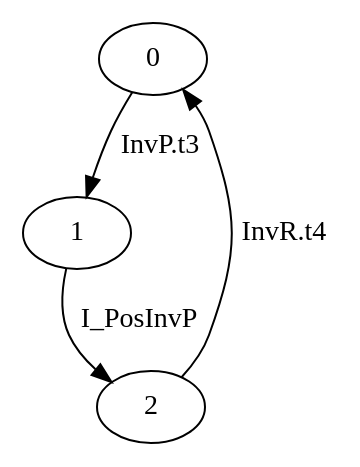
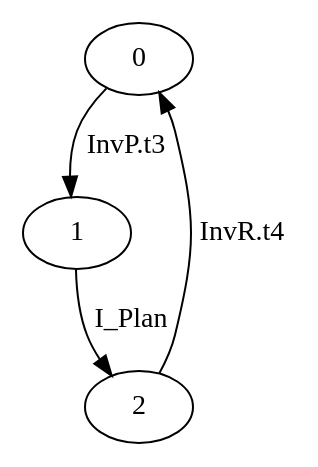
The diagram in src/cspspecs/MAPEK/PLANNER.dot (nsrosa70/midarch-go-v13), drawn with Graphviz before and after one commit. The commit also changed 37 other files, not shown here.

Commit message:
EE like an architecture

```diff
--- a/src/cspspecs/MAPEK/PLANNER.dot
+++ b/src/cspspecs/MAPEK/PLANNER.dot
@@ -1,5 +1,5 @@
 digraph G {
   0 -> 1 [ label="InvP.t3" ];
-  1 -> 2 [ label="I_PosInvP" ];
+  1 -> 2 [ label="I_Plan" ];
   2 -> 0 [ label="InvR.t4" ];
 }
```
